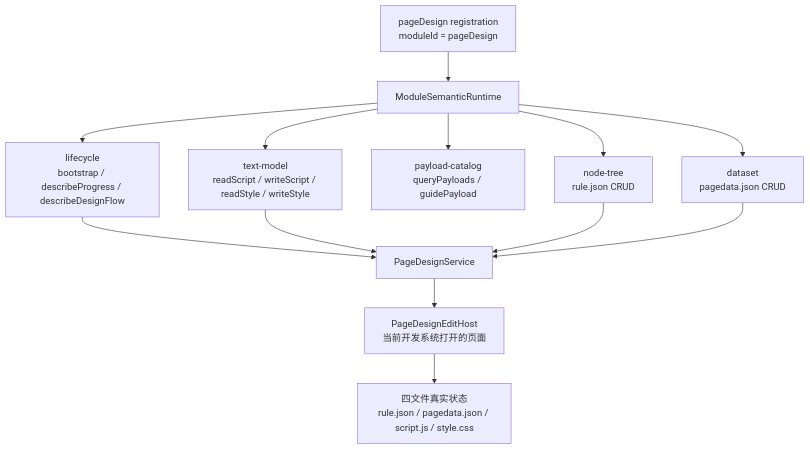
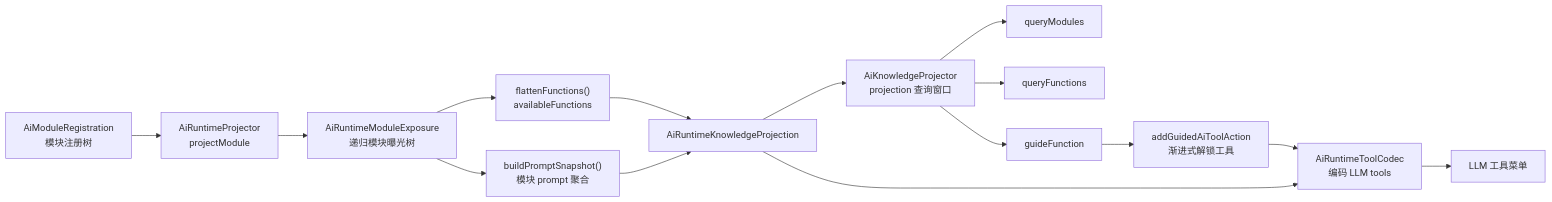
The first of 2 diagrams in docs/ai/AI_BUSINESS_FLOW.md (LMSpark/spark-view-vue), drawn with Mermaid before and after one commit. The commit also changed other lines of this file and 22 other files, not shown here.

Commit message:
feat(spark-ai,spark-page-config): add module-semantic knowledge layer and page-design kind IDs

````diff
--- a/docs/ai/AI_BUSINESS_FLOW.md
+++ b/docs/ai/AI_BUSINESS_FLOW.md
@@ -215,26 +217,17 @@
 ```mermaid
-flowchart TB
-  PageDesign["pageDesign registration<br/>moduleId = pageDesign"]
-  Runtime["ModuleSemanticRuntime"]
-  Lifecycle["lifecycle<br/>bootstrap / describeProgress / describeDesignFlow"]
-  TextModel["text-model<br/>readScript / writeScript / readStyle / writeStyle"]
-  Payload["payload-catalog<br/>queryPayloads / guidePayload"]
-  NodeTree["node-tree<br/>rule.json CRUD"]
-  Dataset["dataset<br/>pagedata.json CRUD"]
-  Service["PageDesignService"]
-  Host["PageDesignEditHost<br/>当前开发系统打开的页面"]
-  Files["四文件真实状态<br/>rule.json / pagedata.json / script.js / style.css"]
-
-  PageDesign --> Runtime
-  Runtime --> Lifecycle
-  Runtime --> TextModel
-  Runtime --> Payload
-  Runtime --> NodeTree
-  Runtime --> Dataset
-  Lifecycle --> Service
-  TextModel --> Service
-  NodeTree --> Service
-  Dataset --> Service
-  Service --> Host
-  Host --> Files
+flowchart LR
+  Registration["AiModuleRegistration<br/>模块注册树"] --> Projector["AiRuntimeProjector<br/>projectModule"]
+  Projector --> Exposure["AiRuntimeModuleExposure<br/>递归模块曝光树"]
+  Exposure --> Flatten["flattenFunctions()<br/>availableFunctions"]
+  Exposure --> Prompt["buildPromptSnapshot()<br/>模块 prompt 聚合"]
+  Flatten --> Projection["AiRuntimeKnowledgeProjection"]
+  Prompt --> Projection
+  Projection --> Knowledge["AiKnowledgeProjector<br/>projection 查询窗口"]
+  Knowledge --> QueryModules["queryModules"]
+  Knowledge --> QueryFunctions["queryFunctions"]
+  Knowledge --> GuideFunction["guideFunction"]
+  Projection --> ToolCodec["AiRuntimeToolCodec<br/>编码 LLM tools"]
+  GuideFunction --> Unlock["addGuidedAiToolAction<br/>渐进式解锁工具"]
+  Unlock --> ToolCodec
+  ToolCodec --> LLM["LLM 工具菜单"]
 ```
````
